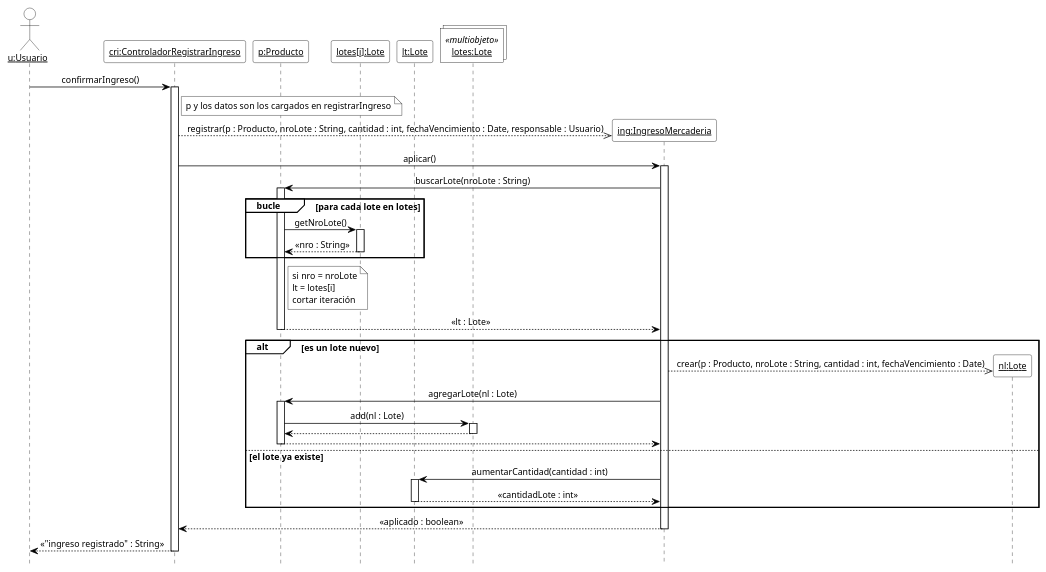
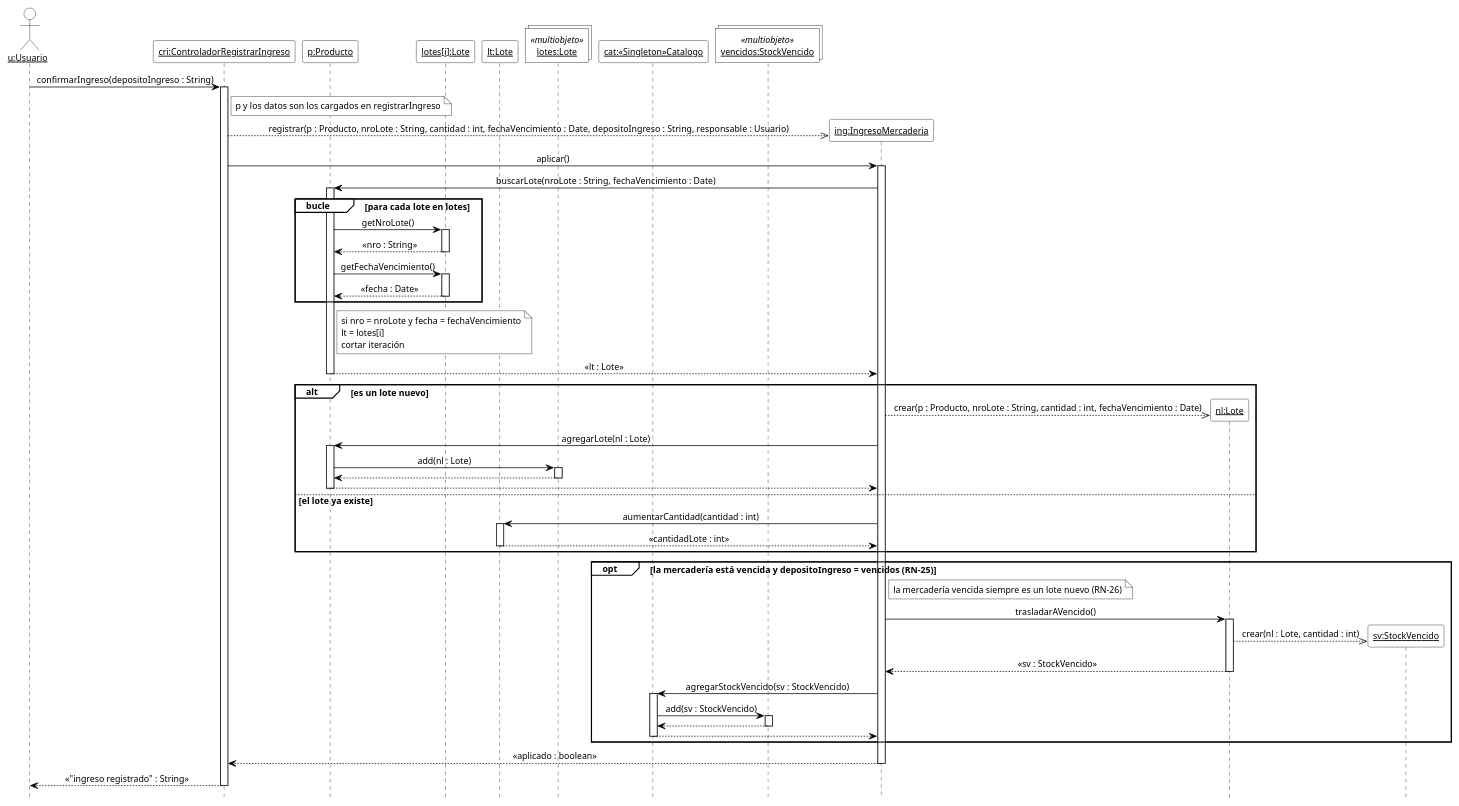
Before and after one commit to cirotop/Stock-Project: the diagram in 08-Diagrama De Secuencia/DSD_CU-05_confirmarIngreso.puml, drawn with PlantUML. The commit also changed 26 other files, not shown here.

```diff
--- a/08-Diagrama De Secuencia/DSD_CU-05_confirmarIngreso.puml
+++ b/08-Diagrama De Secuencia/DSD_CU-05_confirmarIngreso.puml
@@ -1,61 +1,76 @@
 @startuml DSD_CU-05_confirmarIngreso
 ' Diagrama de Secuencia de Diseño (DSD) - CU-05 Registrar ingreso de mercadería - confirmarIngreso
 ' Estilo de los ejemplos de la teoría (introducirArticulo / crearNuevaVenta).
 hide footbox
 skinparam shadowing false
 skinparam defaultFontName Arial
 skinparam defaultFontSize 12
 skinparam sequenceMessageAlign center
 skinparam ArrowColor black
 skinparam ParticipantBackgroundColor white
 skinparam ParticipantBorderColor black
 skinparam CollectionsBackgroundColor white
 skinparam CollectionsBorderColor black
 skinparam ActorBackgroundColor white
 skinparam ActorBorderColor black
 skinparam LifeLineBorderColor black
 skinparam LifeLineBackgroundColor white
 skinparam SequenceGroupBackgroundColor white
 skinparam SequenceGroupBorderColor black
 skinparam SequenceGroupHeaderFontColor black
 skinparam NoteBackgroundColor white
 skinparam NoteBorderColor black
 
 actor "<u>u:Usuario</u>" as u
 participant "<u>cri:ControladorRegistrarIngreso</u>" as cri
 participant "<u>p:Producto</u>" as p
 participant "<u>lotes[i]:Lote</u>" as li
 participant "<u>lt:Lote</u>" as lt
 collections "<u>lotes:Lote</u>" as ml <<multiobjeto>>
+participant "<u>cat:«Singleton»Catalogo</u>" as cat
+collections "<u>vencidos:StockVencido</u>" as mv <<multiobjeto>>
 
-u -> cri ++ : confirmarIngreso()
+u -> cri ++ : confirmarIngreso(depositoIngreso : String)
 note right of cri : p y los datos son los cargados en registrarIngreso
 create participant "<u>ing:IngresoMercaderia</u>" as ing
-cri -->> ing : registrar(p : Producto, nroLote : String, cantidad : int, fechaVencimiento : Date, responsable : Usuario)
+cri -->> ing : registrar(p : Producto, nroLote : String, cantidad : int, fechaVencimiento : Date, depositoIngreso : String, responsable : Usuario)
 cri -> ing ++ : aplicar()
-ing -> p ++ : buscarLote(nroLote : String)
+ing -> p ++ : buscarLote(nroLote : String, fechaVencimiento : Date)
 group bucle [para cada lote en lotes]
   p -> li ++ : getNroLote()
   li --> p -- : «nro : String»
+  p -> li ++ : getFechaVencimiento()
+  li --> p -- : «fecha : Date»
 end
 note right of p
-  si nro = nroLote
+  si nro = nroLote y fecha = fechaVencimiento
   lt = lotes[i]
   cortar iteración
 end note
 p --> ing -- : «lt : Lote»
 alt es un lote nuevo
   create participant "<u>nl:Lote</u>" as nl
   ing -->> nl : crear(p : Producto, nroLote : String, cantidad : int, fechaVencimiento : Date)
   ing -> p ++ : agregarLote(nl : Lote)
   p -> ml ++ : add(nl : Lote)
   ml --> p --
   p --> ing --
 else el lote ya existe
   ing -> lt ++ : aumentarCantidad(cantidad : int)
   lt --> ing -- : «cantidadLote : int»
 end
+opt la mercadería está vencida y depositoIngreso = vencidos (RN-25)
+  note right of ing : la mercadería vencida siempre es un lote nuevo (RN-26)
+  ing -> nl ++ : trasladarAVencido()
+  create participant "<u>sv:StockVencido</u>" as sv
+  nl -->> sv : crear(nl : Lote, cantidad : int)
+  nl --> ing -- : «sv : StockVencido»
+  ing -> cat ++ : agregarStockVencido(sv : StockVencido)
+  cat -> mv ++ : add(sv : StockVencido)
+  mv --> cat --
+  cat --> ing --
+end
 ing --> cri -- : «aplicado : boolean»
 cri --> u -- : «"ingreso registrado" : String»
 
 @enduml
```
